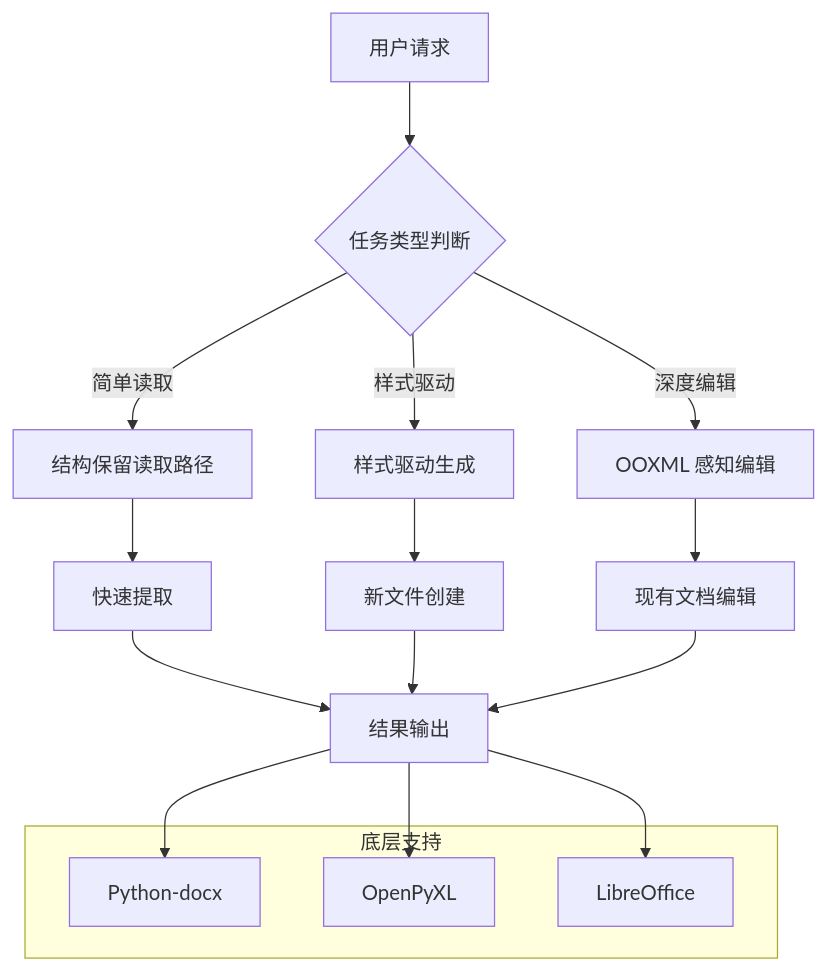
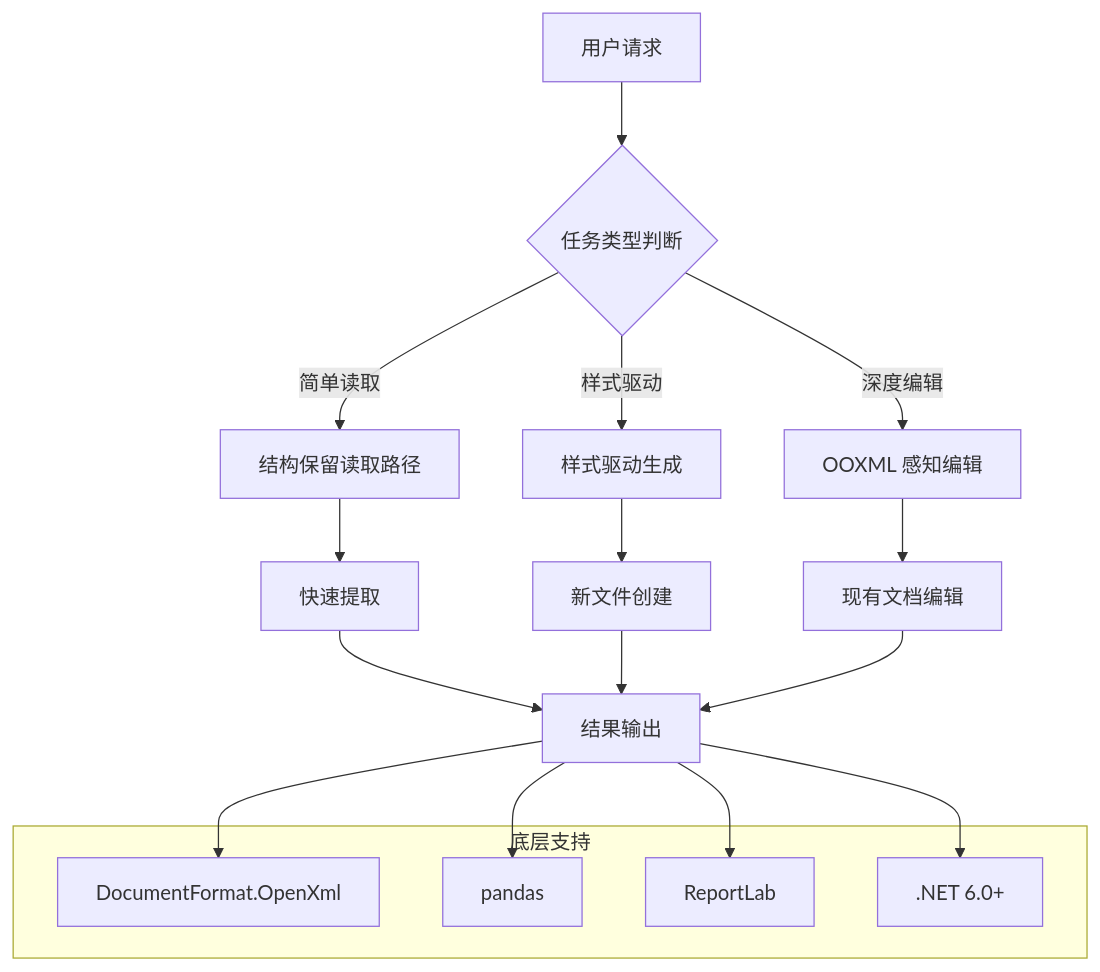
One commit to verse-ai-org/openclaw changed the second of 9 diagrams in .qoder/repowiki/zh/content/技能平台/内置技能/Word 文档处理技能.md. Above: the diagram before and after it, drawn with Mermaid. The commit also changed other lines of this file and 48 other files, not shown here.

````diff
--- a/.qoder/repowiki/zh/content/技能平台/内置技能/Word 文档处理技能.md
+++ b/.qoder/repowiki/zh/content/技能平台/内置技能/Word 文档处理技能.md
@@ -130,21 +142,23 @@
 ```mermaid
 flowchart TD
 A[用户请求] --> B{任务类型判断}
 B --> |简单读取| C[结构保留读取路径]
 B --> |样式驱动| D[样式驱动生成]
 B --> |深度编辑| E[OOXML 感知编辑]
 C --> F[快速提取]
 D --> G[新文件创建]
 E --> H[现有文档编辑]
 F --> I[结果输出]
 G --> I
 H --> I
 subgraph "底层支持"
-J[Python-docx]
-K[OpenPyXL]
-L[LibreOffice]
+J[DocumentFormat.OpenXml]
+K[pandas]
+L[ReportLab]
+M[.NET 6.0+]
 end
 I --> J
 I --> K
 I --> L
+I --> M
 ```
````
